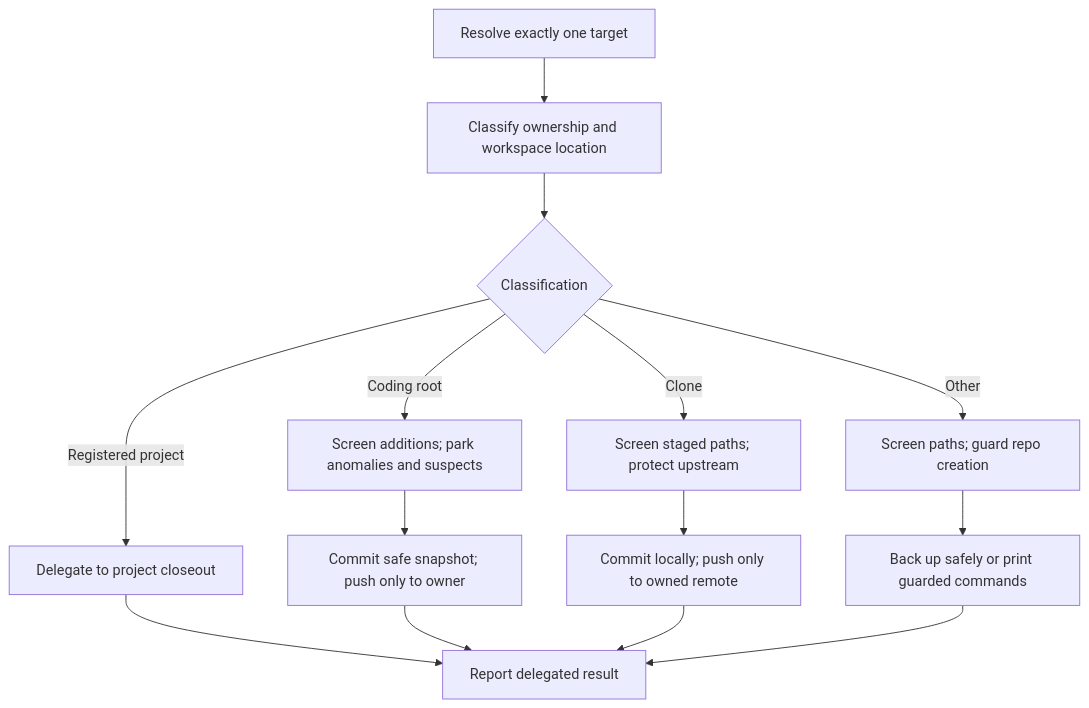
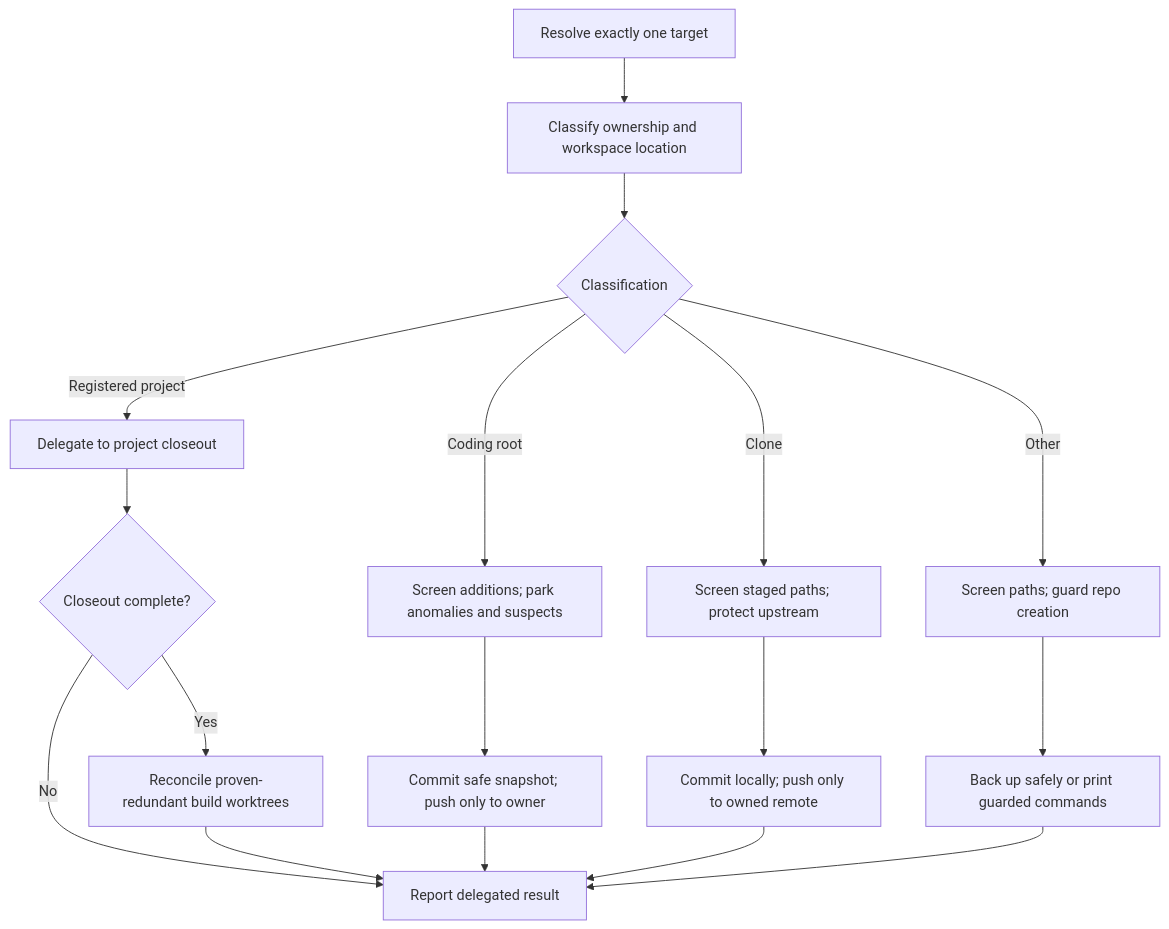
One commit to aberson/skill-mesh changed the diagram in docs/workflows/repo-wrap.mmd. Above: the diagram before and after it, drawn with Mermaid. The commit also changed 12 other files, not shown here.

Commit message:
Skill Mesh v2.0.2: clean redundant build worktrees on repo wrap

```diff
--- a/docs/workflows/repo-wrap.mmd
+++ b/docs/workflows/repo-wrap.mmd
@@ -1,20 +1,23 @@
 %% repo-wrap
-%% Summary: Resolve and classify exactly one target, then execute its ownership rail with scoped secret screening and parked unsafe actions.
+%% Summary: Resolve and classify one target, execute its ownership rail, and reconcile only proven-redundant build worktrees after a complete owned-project closeout.
 %% Sources: skills/repo-wrap/core.md
-%% Not shown: owner-match algorithm, secrets patterns, per-rail Git commands, backup naming, flags, maintenance procedure, and final report fields
-%% Alt: A closeout router classifies one target, delegates owned projects, or runs coding-root, clone, and backup rails that screen staged paths and park unsafe work.
+%% Not shown: owner-match algorithm, secrets patterns, worktree proof commands, per-rail Git commands, backup naming, flags, maintenance procedure, and final report fields
+%% Alt: A closeout router classifies one target and follows its ownership rail; after a complete owned-project closeout it removes only stale, clean build worktrees whose committed content is already shipped.
 
 flowchart TD
     A[Resolve exactly one target] --> B[Classify ownership and workspace location]
     B --> C{Classification}
     C -- Registered project --> D[Delegate to project closeout]
     C -- Coding root --> E[Screen additions; park anomalies and suspects]
     C -- Clone --> F[Screen staged paths; protect upstream]
     C -- Other --> G[Screen paths; guard repo creation]
     E --> I[Commit safe snapshot; push only to owner]
     F --> J[Commit locally; push only to owned remote]
     G --> K[Back up safely or print guarded commands]
-    D --> R[Report delegated result]
+    D --> H{Closeout complete?}
+    H -- Yes --> L[Reconcile proven-redundant build worktrees]
+    H -- No --> R[Report delegated result]
+    L --> R
     I --> R
     J --> R
     K --> R
```
